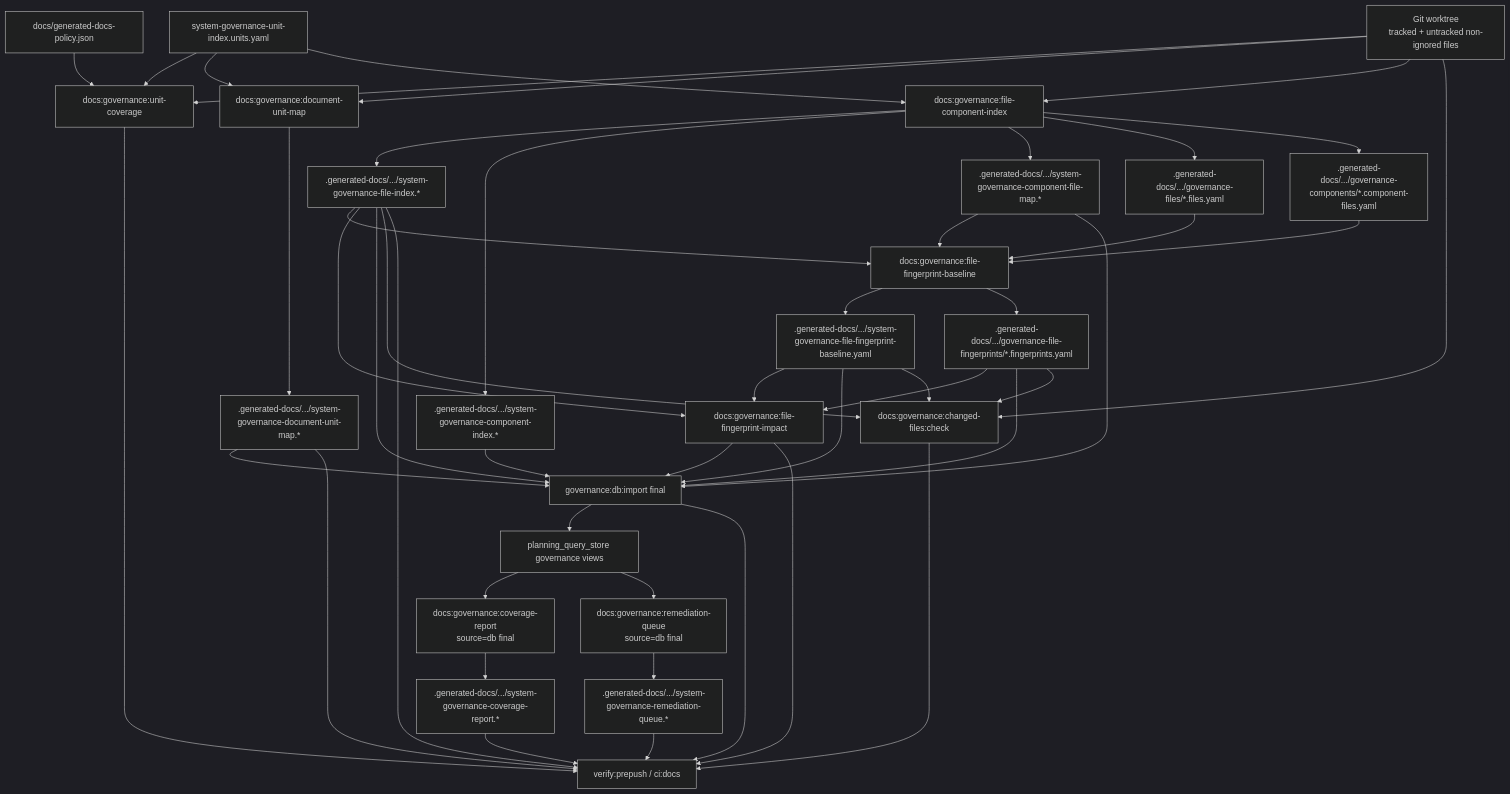
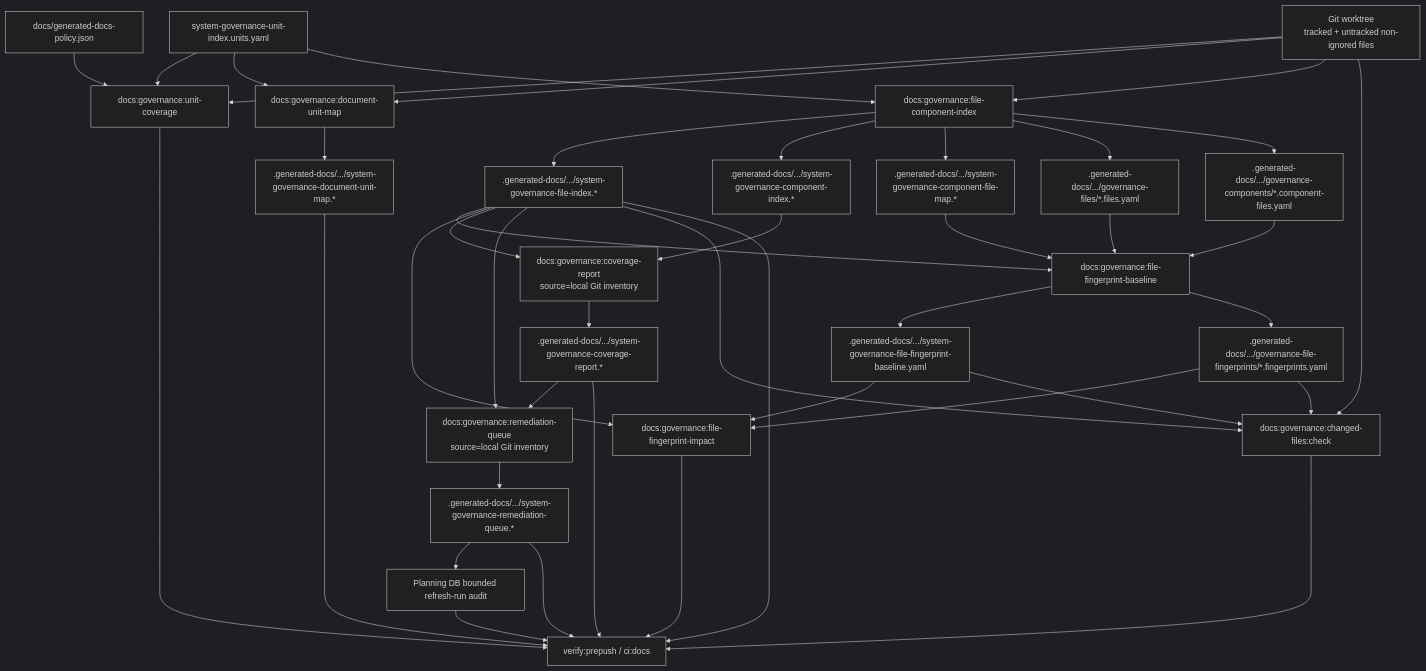
The diagram in docs/architecture/components/ci-governance/system-governance-generation-workflow-component.md (dunay2/dvt), drawn with Mermaid (dark theme) before and after one commit. The commit also changed other lines of this file and 26 other files, not shown here.

Commit message:
fix(docs): Decouple Git inventory refresh from Planning DB imports (#2751)

````diff
--- a/docs/architecture/components/ci-governance/system-governance-generation-workflow-component.md
+++ b/docs/architecture/components/ci-governance/system-governance-generation-workflow-component.md
@@ -78,64 +75,58 @@
 ```mermaid
 flowchart TD
   Worktree["Git worktree\ntracked + untracked non-ignored files"]
   UnitManifest["system-governance-unit-index.units.yaml"]
   GeneratedPolicy["docs/generated-docs-policy.json"]
   UnitCoverage["docs:governance:unit-coverage"]
   DocumentMap["docs:governance:document-unit-map"]
   FileComponent["docs:governance:file-component-index"]
   Fingerprint["docs:governance:file-fingerprint-baseline"]
   FingerprintImpact["docs:governance:file-fingerprint-impact"]
-  GovernanceImport["governance:db:import final"]
-  QueryStore["planning_query_store governance views"]
-  Coverage["docs:governance:coverage-report\nsource=db final"]
-  Remediation["docs:governance:remediation-queue\nsource=db final"]
+  Coverage["docs:governance:coverage-report\nsource=local Git inventory"]
+  Remediation["docs:governance:remediation-queue\nsource=local Git inventory"]
+  RunAudit["Planning DB bounded refresh-run audit"]
   ChangedFiles["docs:governance:changed-files:check"]
   Prepush["verify:prepush / ci:docs"]
 
   Worktree --> UnitCoverage
   UnitManifest --> UnitCoverage
   GeneratedPolicy --> UnitCoverage
   UnitManifest --> DocumentMap
   Worktree --> DocumentMap
   UnitManifest --> FileComponent
   Worktree --> FileComponent
   FileComponent --> FileIndex[".generated-docs/.../system-governance-file-index.*"]
   FileComponent --> ComponentIndex[".generated-docs/.../system-governance-component-index.*"]
   FileComponent --> ComponentMap[".generated-docs/.../system-governance-component-file-map.*"]
   FileComponent --> FileShards[".generated-docs/.../governance-files/*.files.yaml"]
   FileComponent --> ComponentShards[".generated-docs/.../governance-components/*.component-files.yaml"]
   DocumentMap --> DocumentMapOutputs[".generated-docs/.../system-governance-document-unit-map.*"]
   FileIndex --> Fingerprint
   FileShards --> Fingerprint
   ComponentMap --> Fingerprint
   ComponentShards --> Fingerprint
   Fingerprint --> FingerprintBaseline[".generated-docs/.../system-governance-file-fingerprint-baseline.yaml"]
   Fingerprint --> FingerprintShards[".generated-docs/.../governance-file-fingerprints/*.fingerprints.yaml"]
   FingerprintBaseline --> FingerprintImpact
   FingerprintShards --> FingerprintImpact
   FileIndex --> FingerprintImpact
-  ComponentIndex --> GovernanceImport
-  ComponentMap --> GovernanceImport
-  DocumentMapOutputs --> GovernanceImport
-  FingerprintBaseline --> GovernanceImport
-  FingerprintShards --> GovernanceImport
-  FingerprintImpact --> GovernanceImport
-  FileIndex --> GovernanceImport
-  GovernanceImport --> QueryStore
-  QueryStore --> Coverage
+  FileIndex --> Coverage
+  ComponentIndex --> Coverage
   Coverage --> CoverageOutputs[".generated-docs/.../system-governance-coverage-report.*"]
-  QueryStore --> Remediation
+  CoverageOutputs --> Remediation
+  FileIndex --> Remediation
   Remediation --> RemediationOutputs[".generated-docs/.../system-governance-remediation-queue.*"]
+  RemediationOutputs --> RunAudit
   FileIndex --> ChangedFiles
   FingerprintBaseline --> ChangedFiles
   FingerprintShards --> ChangedFiles
   Worktree --> ChangedFiles
   UnitCoverage --> Prepush
   DocumentMapOutputs --> Prepush
   FileIndex --> Prepush
   FingerprintImpact --> Prepush
   CoverageOutputs --> Prepush
   RemediationOutputs --> Prepush
-  GovernanceImport --> Prepush
+  RunAudit --> Prepush
   ChangedFiles --> Prepush
 ```
````
